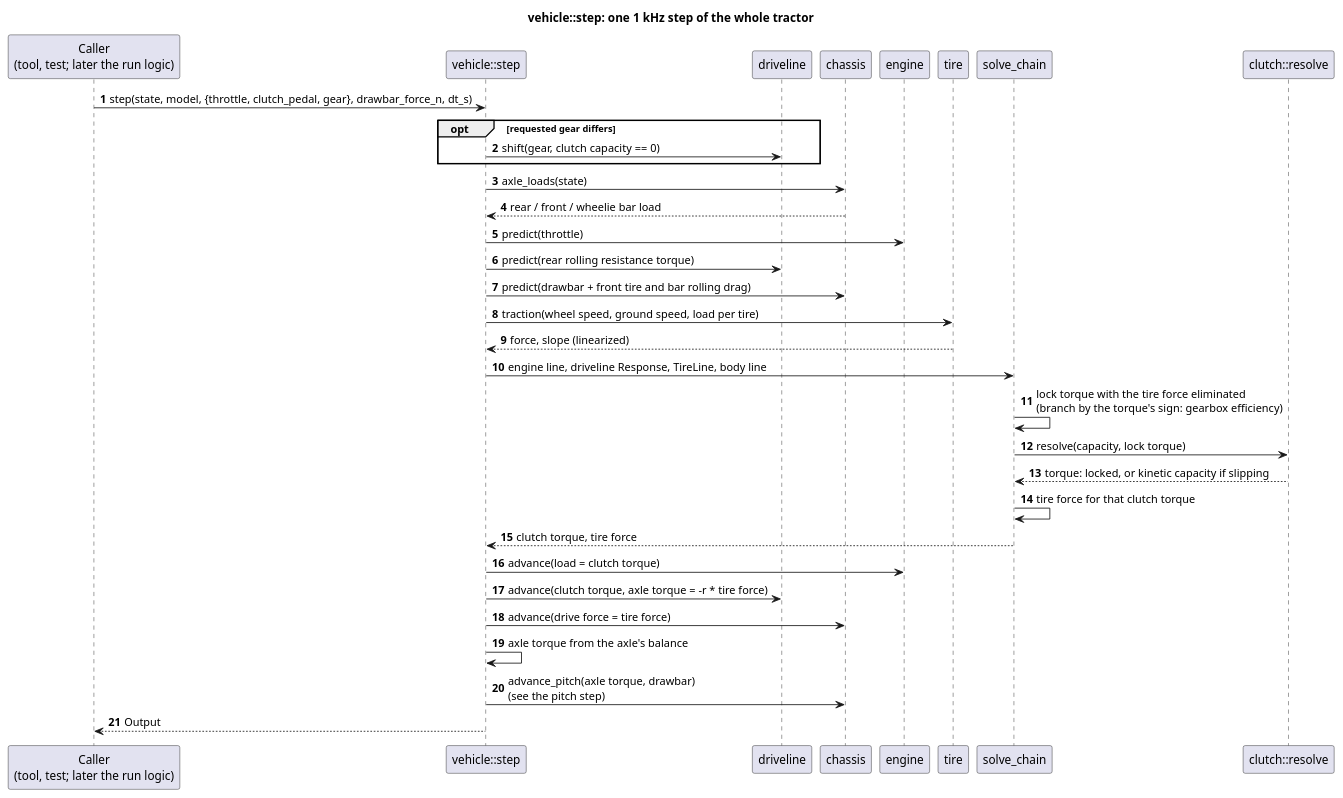
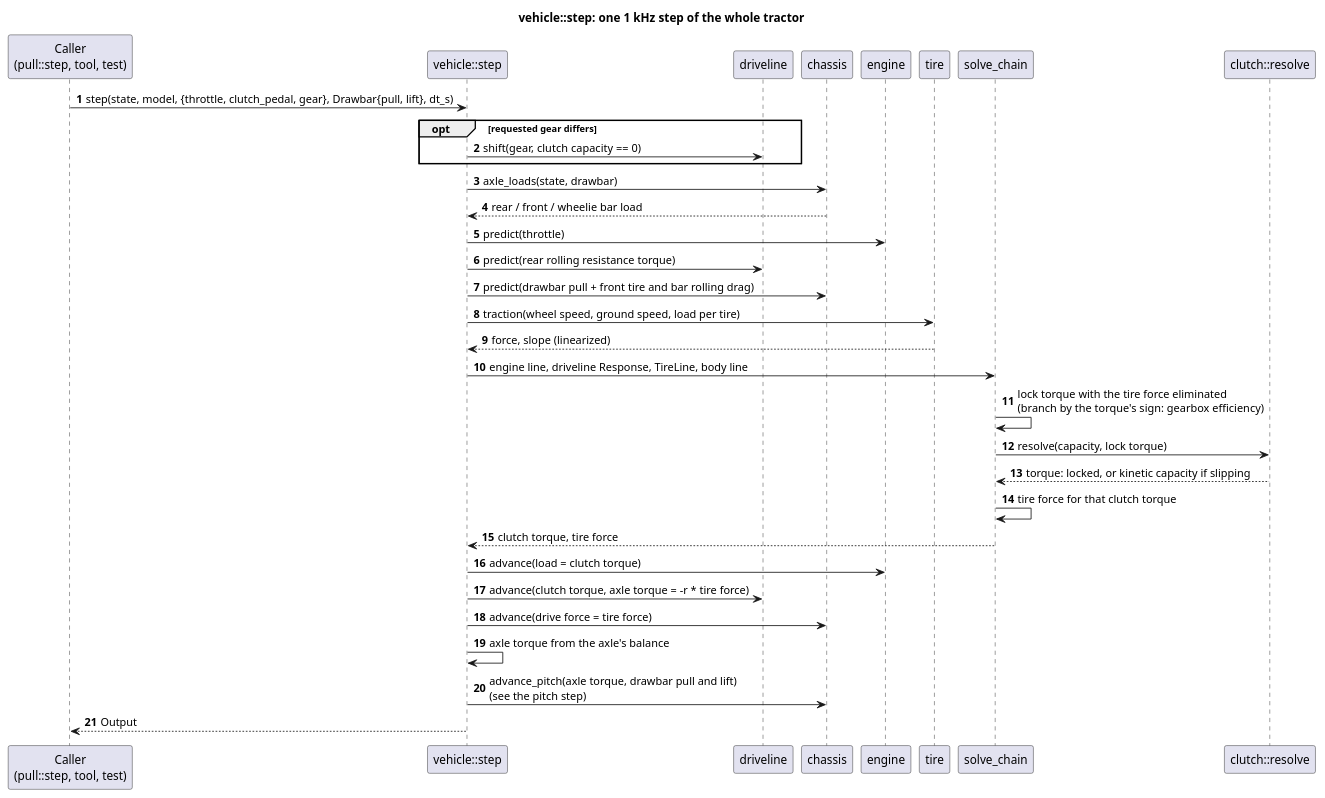
The diagram in docs/diagrams/vehicle_step_sequence.puml (wversteeg/TractorPulling), drawn with PlantUML before and after one commit. The commit also changed 15 other files, not shown here.

First line of the commit message:
Document the sled and the pull: diagrams and architecture

```diff
--- a/docs/diagrams/vehicle_step_sequence.puml
+++ b/docs/diagrams/vehicle_step_sequence.puml
@@ -1,36 +1,36 @@
 @startuml vehicle_step_sequence
 title vehicle::step: one 1 kHz step of the whole tractor
 autonumber
-participant "Caller\n(tool, test; later the run logic)" as Caller
+participant "Caller\n(pull::step, tool, test)" as Caller
 participant "vehicle::step" as Step
 participant "driveline" as Driveline
 participant "chassis" as Chassis
 participant "engine" as Engine
 participant "tire" as Tire
 participant "solve_chain" as Solve
 participant "clutch::resolve" as Clutch
 
-Caller -> Step : step(state, model, {throttle, clutch_pedal, gear}, drawbar_force_n, dt_s)
+Caller -> Step : step(state, model, {throttle, clutch_pedal, gear}, Drawbar{pull, lift}, dt_s)
 opt requested gear differs
   Step -> Driveline : shift(gear, clutch capacity == 0)
 end
-Step -> Chassis : axle_loads(state)
+Step -> Chassis : axle_loads(state, drawbar)
 Chassis --> Step : rear / front / wheelie bar load
 Step -> Engine : predict(throttle)
 Step -> Driveline : predict(rear rolling resistance torque)
-Step -> Chassis : predict(drawbar + front tire and bar rolling drag)
+Step -> Chassis : predict(drawbar pull + front tire and bar rolling drag)
 Step -> Tire : traction(wheel speed, ground speed, load per tire)
 Tire --> Step : force, slope (linearized)
 Step -> Solve : engine line, driveline Response, TireLine, body line
 Solve -> Solve : lock torque with the tire force eliminated\n(branch by the torque's sign: gearbox efficiency)
 Solve -> Clutch : resolve(capacity, lock torque)
 Clutch --> Solve : torque: locked, or kinetic capacity if slipping
 Solve -> Solve : tire force for that clutch torque
 Solve --> Step : clutch torque, tire force
 Step -> Engine : advance(load = clutch torque)
 Step -> Driveline : advance(clutch torque, axle torque = -r * tire force)
 Step -> Chassis : advance(drive force = tire force)
 Step -> Step : axle torque from the axle's balance
-Step -> Chassis : advance_pitch(axle torque, drawbar)\n(see the pitch step)
+Step -> Chassis : advance_pitch(axle torque, drawbar pull and lift)\n(see the pitch step)
 Step --> Caller : Output
 @enduml
```
